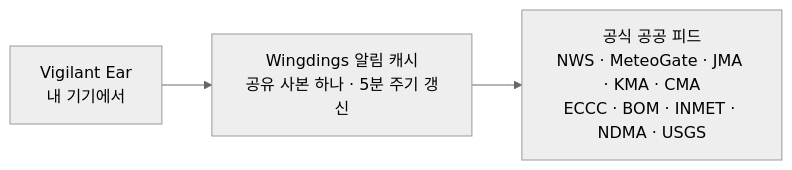
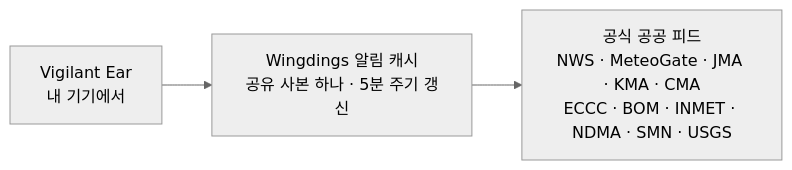
One commit to rpalm01-star/VigilantEarLegal changed the fourth of 4 diagrams in README_ko.md. Above: the diagram before and after it, drawn with Mermaid (neutral theme). The commit also changed other lines of this file and 44 other files, not shown here.

````diff
--- a/README_ko.md
+++ b/README_ko.md
@@ -171,5 +171,5 @@
 ```mermaid
 graph LR
     P1["Vigilant Ear<br/>내 기기에서"] --> W["Wingdings 알림 캐시<br/>공유 사본 하나 · 5분 주기 갱신"]
-    W --> N["공식 공공 피드<br/>NWS · MeteoGate · JMA · KMA · CMA<br/>ECCC · BOM · INMET · NDMA · USGS"]
+    W --> N["공식 공공 피드<br/>NWS · MeteoGate · JMA · KMA · CMA<br/>ECCC · BOM · INMET · NDMA · SMN · USGS"]
 ```
````
